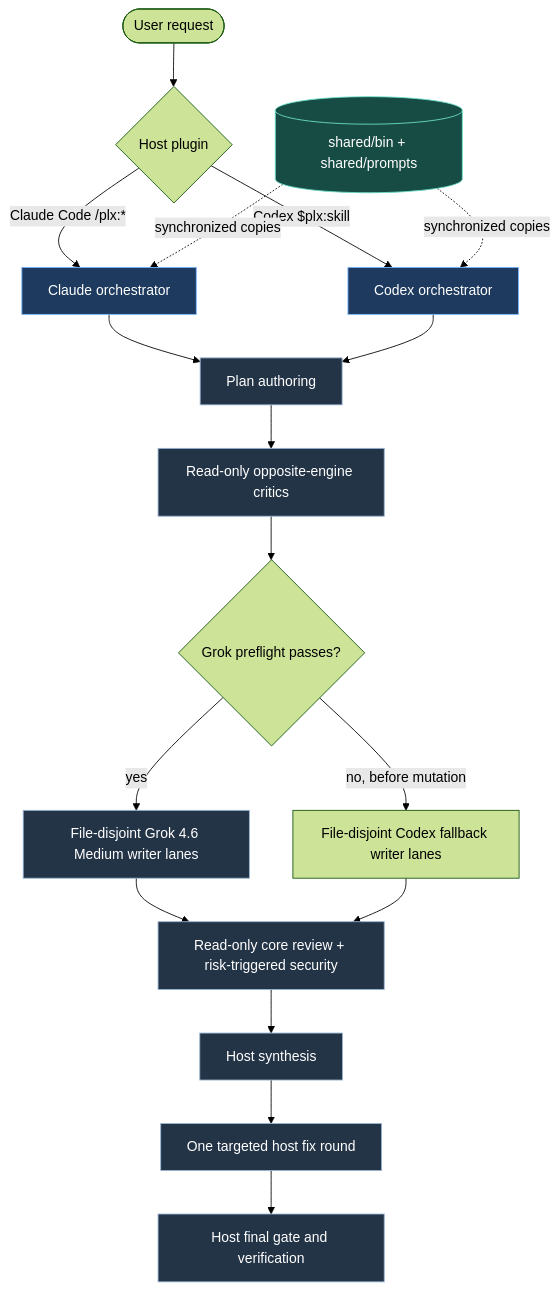
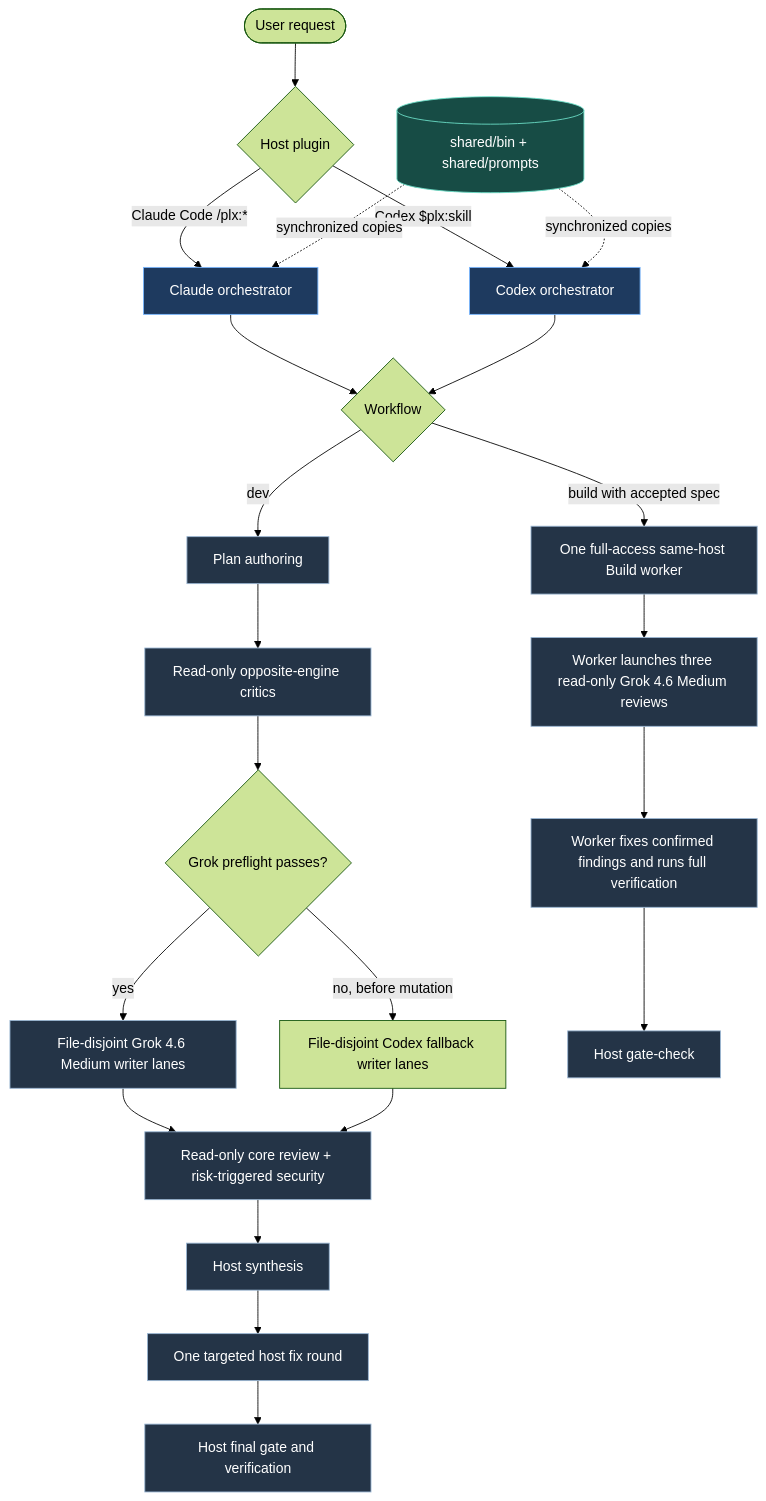
Before and after one commit to dshap474/parallax: the diagram in docs/diagrams/plx_flow.mmd, drawn with Mermaid (forest theme). The commit also changed 49 other files, not shown here.

```diff
--- a/docs/diagrams/plx_flow.mmd
+++ b/docs/diagrams/plx_flow.mmd
@@ -1,28 +1,35 @@
 %% Parallax dual-host pipeline overview.
 %% Usage: render with any Mermaid flowchart-compatible renderer.
 flowchart TD
     U([User request]) --> H{Host plugin}
     H -->|Claude Code /plx:*| C[Claude orchestrator]
     H -->|Codex $plx:skill| X[Codex orchestrator]
 
-    C --> P[Plan authoring]
-    X --> P
+    C --> W{Workflow}
+    X --> W
+
+    W -->|dev| P[Plan authoring]
     P --> CR[Read-only opposite-engine critics]
     CR --> PF{Grok preflight passes?}
     PF -->|yes| B[File-disjoint Grok 4.6 Medium writer lanes]
     PF -->|no, before mutation| CF[File-disjoint Codex fallback writer lanes]
     B --> R[Read-only core review + risk-triggered security]
     CF --> R
     R --> S[Host synthesis]
     S --> F[One targeted host fix round]
     F --> G[Host final gate and verification]
 
+    W -->|build with accepted spec| BW[One full-access same-host Build worker]
+    BW --> BR[Worker launches three read-only Grok 4.6 Medium reviews]
+    BR --> BF[Worker fixes confirmed findings and runs full verification]
+    BF --> BG[Host gate-check]
+
     SB[(shared/bin + shared/prompts)] -. synchronized copies .-> C
     SB -. synchronized copies .-> X
 
     classDef host fill:#1e3a5f,stroke:#78b7ff,color:#fff
     classDef lane fill:#243447,stroke:#9ab6d3,color:#fff
     classDef shared fill:#174c45,stroke:#6de0c9,color:#fff
     class C,X host
-    class P,CR,B,R,S,F,G lane
+    class P,CR,B,R,S,F,G,BW,BR,BF,BG lane
     class SB shared
```
